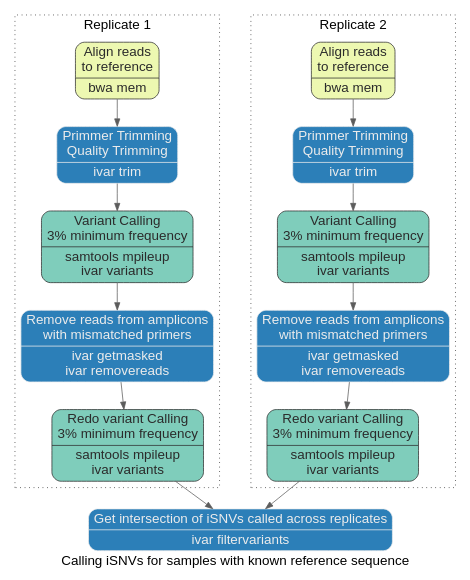
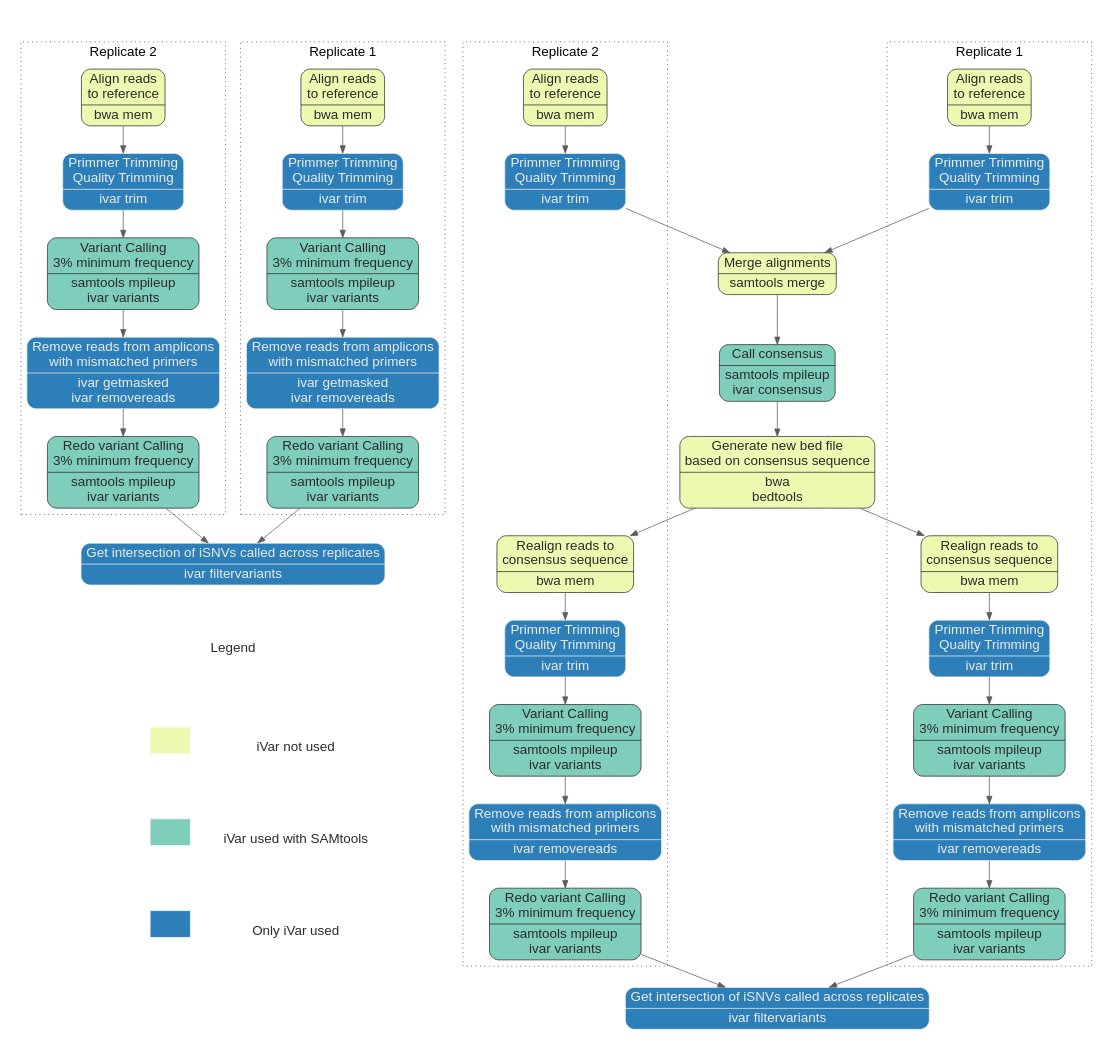
Before and after one commit to gkarthik/ivar: the diagram in pipeline/pipeline.dot, drawn with Graphviz. The commit also changed 20 other files, not shown here.

```diff
--- a/pipeline/pipeline.dot
+++ b/pipeline/pipeline.dot
@@ -1,8 +1,7 @@
 digraph fc{
-	label="Calling iSNVs for samples with known reference sequence";
-	fontname="arial";
+		fontname="arial";
 	fontsize=18;
-	nodesep=0.8;
+	nodesep=0.5;
 	node [shape=Mrecord,
 	      color="#2b2b2b",
 	      fillcolor="#ececec",
@@ -12,82 +11,278 @@
 	      fontcolor="#2b2b2b"]
 	edge[color="#5c5c5c"];
 
-        subgraph cluster_rep1{
+subgraph cluster_knownreference{
+	label="Calling iSNVs for samples with known reference sequence";
+	graph[style=invis];
+	subgraph cluster_repk1{
 		label="Replicate 1";
 		graph[style=dotted];
-		align1 [label="{Align reads\nto reference | bwa mem}",
-			fillcolor="/ylgnbu3/1",
+		alignk1 [label="{Align reads\nto reference | bwa mem}",
+			 fillcolor="/ylgnbu3/1",
+			 color="#2b2b2b",
+			 fontcolor="#2b2b2b",
+			 group=repk1];
+		trimk1 [label="{Primmer Trimming\nQuality Trimming | ivar trim}",
+			fillcolor="/ylgnbu3/3",
+			color="#ececec",
+			fontcolor="#ececec",
+			group=repk1];
+		vck1 [label="{Variant Calling\n3% minimum frequency | samtools mpileup\nivar variants}",
+		      fillcolor="/ylgnbu3/2",
+		      color="#2b2b2b",
+		      fontcolor="#2b2b2b",
+		      group=repk1];
+		rrk1 [label="{Remove reads from amplicons\nwith mismatched primers | ivar getmasked\nivar removereads}",
+		      fillcolor="/ylgnbu3/3",
+		      color="#ececec",
+		      fontcolor="#ececec",
+		      group=repk1];
+		vck2_1 [label="{Redo variant Calling\n3% minimum frequency | samtools mpileup\nivar variants}",
+			fillcolor="/ylgnbu3/2",
 			color="#2b2b2b",
-			fontcolor="#2b2b2b"];
-		trim1 [label="{Primmer Trimming\nQuality Trimming | ivar trim}",
-		       fillcolor="/ylgnbu3/3",
-		       color="#ececec",
-		       fontcolor="#ececec"];
-		vc1 [label="{Variant Calling\n3% minimum frequency | samtools mpileup\nivar variants}",
-		     fillcolor="/ylgnbu3/2",
-		     color="#2b2b2b",
-		     fontcolor="#2b2b2b"];
-		rr1 [label="{Remove reads from amplicons\nwith mismatched primers | ivar getmasked\nivar removereads}",
-		     fillcolor="/ylgnbu3/3",
-		     color="#ececec",
-		     fontcolor="#ececec"];
-		vc2_1 [label="{Redo variant Calling\n3% minimum frequency | samtools mpileup\nivar variants}",
-		       fillcolor="/ylgnbu3/2",
-		       color="#2b2b2b",
-		       fontcolor="#2b2b2b"];
-	}
+			fontcolor="#2b2b2b",
+			group=repk1];
+		}
 
-        subgraph cluster_rep2{
-		label="Replicate 2";
-		graph[style=dotted];
-		align2 [label="{Align reads\nto reference | bwa mem}",
-			fillcolor="/ylgnbu3/1",
-			color="#2b2b2b",
-			fontcolor="#2b2b2b"];
-		trim2 [label="{Primmer Trimming\nQuality Trimming | ivar trim}",
-		       fillcolor="/ylgnbu3/3",
-		       color="#ececec",
-		       fontcolor="#ececec"];
-		vc2 [label="{Variant Calling\n3% minimum frequency | samtools mpileup\nivar variants}",
-		     fillcolor="/ylgnbu3/2",
-		     color="#2b2b2b",
-		     fontcolor="#2b2b2b"];
-		rr2 [label="{Remove reads from amplicons\nwith mismatched primers | ivar getmasked\nivar removereads}",
-		     fillcolor="/ylgnbu3/3",
-		     color="#ececec",
-		     fontcolor="#ececec"];
-		vc2_2 [label="{Redo variant Calling\n3% minimum frequency | samtools mpileup\nivar variants}",
-		       fillcolor="/ylgnbu3/2",
-		       color="#2b2b2b",
-		       fontcolor="#2b2b2b"];
-        }
+		subgraph cluster_repk2{
+			label="Replicate 2";
+			graph[style=dotted];
+			alignk2 [label="{Align reads\nto reference | bwa mem}",
+				 fillcolor="/ylgnbu3/1",
+				 color="#2b2b2b",
+				 fontcolor="#2b2b2b",
+				 group=repk2];
+			trimk2 [label="{Primmer Trimming\nQuality Trimming | ivar trim}",
+				fillcolor="/ylgnbu3/3",
+				color="#ececec",
+				fontcolor="#ececec",
+				group=repk2];
+			vck2 [label="{Variant Calling\n3% minimum frequency | samtools mpileup\nivar variants}",
+			      fillcolor="/ylgnbu3/2",
+			      color="#2b2b2b",
+			      fontcolor="#2b2b2b",
+			      group=repk2];
+			rrk2 [label="{Remove reads from amplicons\nwith mismatched primers | ivar getmasked\nivar removereads}",
+			      fillcolor="/ylgnbu3/3",
+			      color="#ececec",
+			      fontcolor="#ececec",
+			      group=repk2];
+			vck2_2 [label="{Redo variant Calling\n3% minimum frequency | samtools mpileup\nivar variants}",
+				fillcolor="/ylgnbu3/2",
+				color="#2b2b2b",
+				fontcolor="#2b2b2b",
+				group=repk2];
+			}
 
-	subgraph combine{
-		c [label="{Get intersection of iSNVs called across replicates | ivar filtervariants}",
-		       fillcolor="/ylgnbu3/3",
-		       color="#ececec",
-		       fontcolor="#ececec"];
-	       }
+			subgraph combine{
+				// graph[ranksep=2, nodesep=5];
+				newrank=true;
 
-	// subgraph cluster_commands{
-	// 	label="Commands";
-	// 	graph[penwidth=0];
-	// 	node [shape=record,
-	// 	      color="#2b2b2b",
-	// 	      fillcolor="#ffffff",
-	// 	      style="filled,solid",
-	// 	      fontsize=18,
-	// 	      fontname = "arial bold italic",
-	// 	      fontcolor="#2b2b2b"];
-	// 	aligncmd [label="bwa mem ... \l"];
-	// 	trimcmd [label="ivar trim ... \lsamtools sort ...\lsamtools index ... "];
-	// 	vc1cmd [label="samtools mpileup ... \| ivar variants ... \l"];
-	// 	rrcmd [label="ivar getmasked ... \livar removereads ... \l"];
-	// 	vc2cmd [label="samtools mpileup ... \| ivar variants ... \l"];
-	// 	combinecmd [label="ivar filtervariants ... \l"];
-	// }
+				kc [label="{Get intersection of iSNVs called across replicates | ivar filtervariants}",
+				    fillcolor="/ylgnbu3/3",
+				    color="#ececec",
+				    fontcolor="#ececec",
+				    group=combk];
 
-	align1 -> trim1 -> vc1 -> rr1 -> vc2_1 -> c
-	align2 -> trim2 -> vc2 -> rr2 -> vc2_2 -> c
-	// aligncmd->trimcmd->vc1cmd->rrcmd->vc2cmd->combinecmd[style=invis]
+				    node[shape=box,color="#FFFFFF", fillcolor="#ffffff",group=combk];
+				    edge [style=invis];
+
+				    Legend[width=2];
+				    Key1[fillcolor="/ylgnbu3/1", label="", group=combkey];
+				    Key2[fillcolor="/ylgnbu3/2", label="", group=combkey];
+				    Key3[fillcolor="/ylgnbu3/3", label="", group=combkey];
+				    Label1[label="\liVar not used", group=comblabel];
+				    Label2[label="\liVar used with SAMtools", group=comblabel];
+				    Label3[label="\lOnly iVar used", group=comblabel];
+			    }
+			    // subgraph cluster_commands{
+				    // 	label="Commands";
+				    // 	graph[penwidth=0];
+				    // 	node [shape=record,
+						      // 	      color="#2b2b2b",
+						      // 	      fillcolor="#ffffff",
+						      // 	      style="filled,solid",
+						      // 	      fontsize=18,
+						      // 	      fontname = "arial bold italic",
+						      // 	      fontcolor="#2b2b2b"];
+				    // 	aligncmd [label="bwa mem ... \l"];
+				    // 	trimcmd [label="ivar trim ... \lsamtools sort ...\lsamtools index ... "];
+				    // 	vc1cmd [label="samtools mpileup ... \| ivar variants ... \l"];
+				    // 	rrcmd [label="ivar getmasked ... \livar removereads ... \l"];
+				    // 	vc2cmd [label="samtools mpileup ... \| ivar variants ... \l"];
+				    // 	combinecmd [label="ivar filtervariants ... \l"];
+				    // }
+
+				    alignk1 -> trimk1 -> vck1 -> rrk1 -> vck2_1 -> kc
+				    alignk2 -> trimk2 -> vck2 -> rrk2 -> vck2_2 -> kc;
+				    kc->Legend[style=invis];
+
+				    Legend->Key1[style=invis];
+				    Legend->Label1[style=invis];
+
+				    Key1->Key2->Key3[style=invis];
+				    Label1->Label2->Label3[style=invis];
+				    Key1 -> Label1[constraint=False, style=invis];
+				    Key2 -> Label2[constraint=False, style=invis];
+				    Key3 -> Label3[constraint=False, style=invis];
+				    // aligncmd->trimcmd->vc1cmd->rrcmd->vc2cmd->combinecmd[style=invis]
+
+			    }
+
+			    subgraph cluster_unknownreference{
+				    label="Calling iSNVs for samples with unknown reference sequence";
+				    graph[style=invis];
+				    subgraph cluster_rep1{
+					    label="Replicate 1";
+					    group=outermain;
+					    graph[style=dotted];
+					    align1 [label="{Align reads\nto reference | bwa mem}",
+						    fillcolor="/ylgnbu3/1",
+						    color="#2b2b2b",
+						    fontcolor="#2b2b2b",
+						    group=rep1];
+					    trim1 [label="{Primmer Trimming\nQuality Trimming | ivar trim}",
+						   fillcolor="/ylgnbu3/3",
+						   color="#ececec",
+						   fontcolor="#ececec",
+						   group=rep1];
+					    realign1 [label="{Realign reads to\nconsensus sequence | bwa mem}",
+						      fillcolor="/ylgnbu3/1",
+						      color="#2b2b2b",
+						      fontcolor="#2b2b2b",
+						      group=rep1];
+					    retrim1 [label="{Primmer Trimming\nQuality Trimming | ivar trim}",
+						     fillcolor="/ylgnbu3/3",
+						     color="#ececec",
+						     fontcolor="#ececec",
+						     group=rep1];
+					    o1[style=invis group=rep1];
+					    vc1 [label="{Variant Calling\n3% minimum frequency | samtools mpileup\nivar variants}",
+						 fillcolor="/ylgnbu3/2",
+						 color="#2b2b2b",
+						 fontcolor="#2b2b2b",
+						 group=rep1];
+					    rr1 [label="{Remove reads from amplicons\nwith mismatched primers | ivar removereads}",
+						 fillcolor="/ylgnbu3/3",
+						 color="#ececec",
+						 fontcolor="#ececec",
+						 group=rep1];
+					    vc2_1 [label="{Redo variant Calling\n3% minimum frequency | samtools mpileup\nivar variants}",
+						   fillcolor="/ylgnbu3/2",
+						   color="#2b2b2b",
+						   fontcolor="#2b2b2b",
+						   group=rep1];
+					   }
+
+					   subgraph cluster_rep2{
+						   label="Replicate 2";
+						   graph[style=dotted];
+						   group=outermain;
+						   align2 [label="{Align reads\nto reference | bwa mem}",
+							   fillcolor="/ylgnbu3/1",
+							   color="#2b2b2b",
+							   fontcolor="#2b2b2b",
+							   group=rep2];
+						   trim2 [label="{Primmer Trimming\nQuality Trimming | ivar trim}",
+							  fillcolor="/ylgnbu3/3",
+							  color="#ececec",
+							  fontcolor="#ececec",
+							  group=rep2];
+						   realign2 [label="{Realign reads to\nconsensus sequence | bwa mem}",
+							     fillcolor="/ylgnbu3/1",
+							     color="#2b2b2b",
+							     fontcolor="#2b2b2b",
+							     group=rep2];
+						   retrim2 [label="{Primmer Trimming\nQuality Trimming | ivar trim}",
+							    fillcolor="/ylgnbu3/3",
+							    color="#ececec",
+							    fontcolor="#ececec",
+							    group=rep2];
+						   o2[style=invis group=rep2];
+						   vc2 [label="{Variant Calling\n3% minimum frequency | samtools mpileup\nivar variants}",
+							fillcolor="/ylgnbu3/2",
+							color="#2b2b2b",
+							fontcolor="#2b2b2b",
+							group=rep2];
+						   rr2 [label="{Remove reads from amplicons\nwith mismatched primers | ivar removereads}",
+							fillcolor="/ylgnbu3/3",
+							color="#ececec",
+							fontcolor="#ececec",
+							group=rep2];
+						   vc2_2 [label="{Redo variant Calling\n3% minimum frequency | samtools mpileup\nivar variants}",
+							  fillcolor="/ylgnbu3/2",
+							  color="#2b2b2b",
+							  fontcolor="#2b2b2b",
+							  group=rep2];
+						  }
+
+						  subgraph cluster_common{
+							  label="";
+							  graph[style=invis];
+							  newrank=true;
+							  mrg[label="{Merge alignments | samtools merge}",
+							      fillcolor="/ylgnbu3/1",
+							      color="#2b2b2b",
+							      fontcolor="#2b2b2b",
+							      ];
+							  cns[label="{Call consensus | samtools mpileup\nivar consensus}",
+							      fillcolor="/ylgnbu3/2",
+							      color="#2b2b2b",
+							      fontcolor="#2b2b2b"];
+							  bed [label="{Generate new bed file\nbased on consensus sequence | bwa\nbedtools}",
+							       fillcolor="/ylgnbu3/1",
+							       color="#2b2b2b",
+							       fontcolor="#2b2b2b",
+							       ];
+						       }
+
+						       subgraph combine{
+							       group=outermain;
+							       c [label="{Get intersection of iSNVs called across replicates | ivar filtervariants}",
+								  fillcolor="/ylgnbu3/3",
+								  color="#ececec",
+								  fontcolor="#ececec"];
+							  }
+
+							  // subgraph cluster_commands{
+								  // 	label="Commands";
+								  // 	graph[penwidth=0];
+								  // 	node [shape=record,
+									      // 	      color="#2b2b2b",
+									      // 	      fillcolor="#ececec",
+									      // 	      style="filled,solid",
+									      // 	      fontsize=18,
+									      // 	      fontname = "arial bold italic",
+									      // 	      fontcolor="#2b2b2b"];
+								  // 	aligncmd [label="bwa mem ... \l"];
+								  // 	trimcmd [label="ivar trim ... \lsamtools sort ...\lsamtools index ..."];
+								  // 	oc[style=invis];
+								  // 	align1cmd [label="bwa mem ... \l"];
+								  // 	trim1cmd [label="ivar trim ... \lsamtools sort ...\lsamtools index ..."];
+								  // 	mrgcmd [label="samtools merge ...\l"];
+								  // 	cnscmd [label="samtools mpileup ... \| ivar consensus ... \l"];
+								  // 	bedcmd [label="bwa mem ...\lbedtools bamtobed ... \l"];
+								  // 	vc1cmd [label="samtools mpileup ... \| ivar variants ... \l"];
+								  // 	rrcmd [label="ivar getmasked ... \livar removereads ... \l"];
+								  // 	vc2cmd [label="samtools mpileup ... \| ivar variants ... \l"];
+								  // 	combinecmd [label="ivar filtervariants ... \l"];
+								  // }
+
+								  trim1 -> mrg;
+								  trim2 -> mrg;
+								  mrg -> cns;
+								  bed -> realign1;
+								  bed -> realign2;
+								  cns -> bed;
+								  align1 -> trim1;
+								  align2 -> trim2;
+								  trim1 -> o1[style=invis];
+								  o1-> realign1[style=invis];
+								  trim2 -> o2[style=invis];
+								  o2 -> realign2[style=invis];
+								  realign1 -> retrim1 -> vc1 -> rr1 -> vc2_1 -> c;
+								  realign2 -> retrim2 -> vc2 -> rr2 -> vc2_2 -> c;
+								  // aligncmd->trimcmd->mrgcmd->cnscmd->bedcmd->align1cmd->trim1cmd->vc1cmd->rrcmd->vc2cmd->combinecmd[style=invis];
+
 }
+}
```
